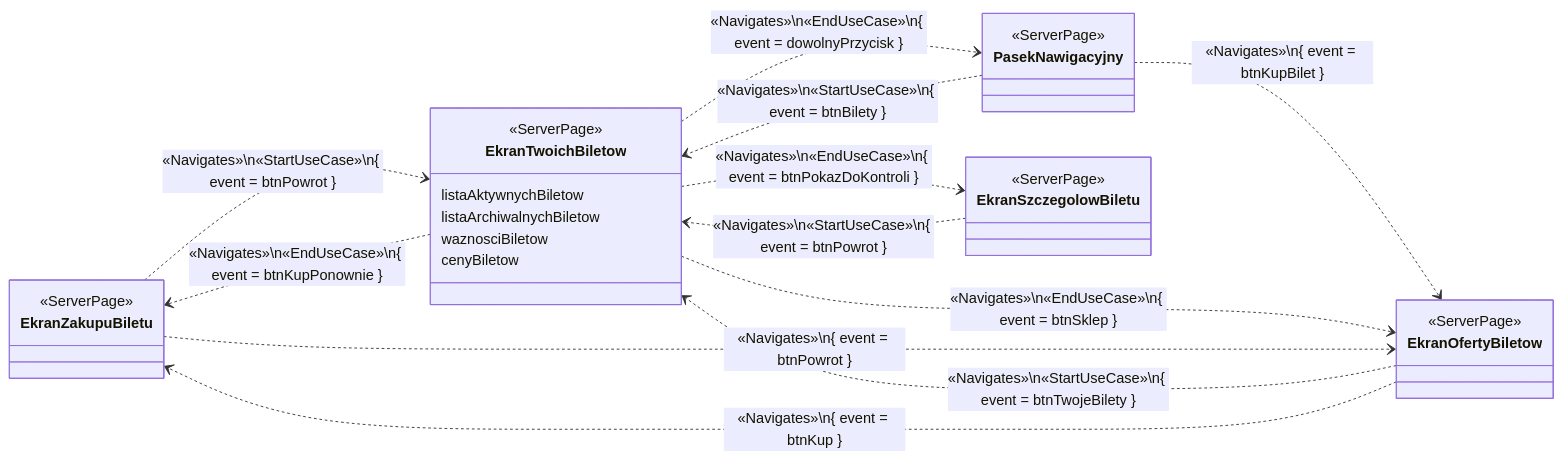
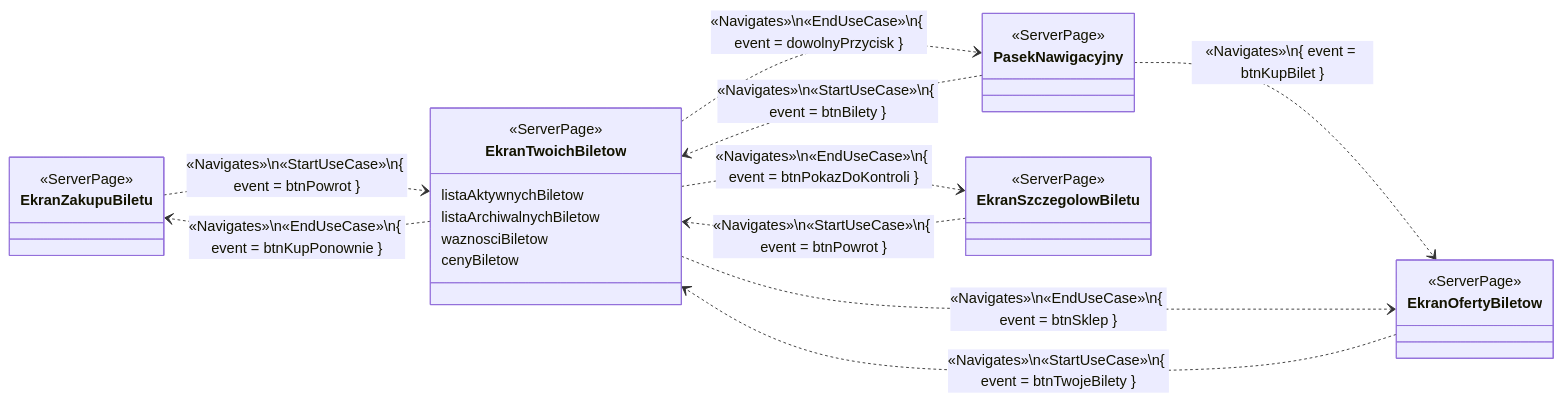
The sixth of 13 diagrams in documentation/course/E1.md (PWR-ACS-SE-24/SoftwareSystemDesign), drawn with Mermaid before and after one commit. The commit also changed other lines of this file, not shown here.

Commit message:
fix nav maps (#13)

````diff
--- a/documentation/course/E1.md
+++ b/documentation/course/E1.md
@@ -718,45 +718,42 @@
 ```mermaid
 classDiagram
     direction LR
 
     class EkranZakupuBiletu {
         <<ServerPage>>
         }
 
     class PasekNawigacyjny {
         <<ServerPage>>
         }
 
     class EkranTwoichBiletow {
         <<ServerPage>>
         listaAktywnychBiletow
         listaArchiwalnychBiletow
         waznosciBiletow
         cenyBiletow
     }
 
     class EkranSzczegolowBiletu {
         <<ServerPage>>
         }
         
     class EkranOfertyBiletow {
         <<ServerPage>>
         }
 
     PasekNawigacyjny ..> EkranTwoichBiletow: «Navigates»\n«StartUseCase»\n{ event = btnBilety }
     PasekNawigacyjny ..> EkranOfertyBiletow: «Navigates»\n{ event = btnKupBilet }
     EkranTwoichBiletow ..> PasekNawigacyjny: «Navigates»\n«EndUseCase»\n{ event = dowolnyPrzycisk }
 
     EkranTwoichBiletow ..> EkranSzczegolowBiletu: «Navigates»\n«EndUseCase»\n{ event = btnPokazDoKontroli }
     EkranSzczegolowBiletu ..> EkranTwoichBiletow: «Navigates»\n«StartUseCase»\n{ event = btnPowrot }
 
     EkranTwoichBiletow ..> EkranZakupuBiletu: «Navigates»\n«EndUseCase»\n{ event = btnKupPonownie }
     EkranZakupuBiletu ..> EkranTwoichBiletow: «Navigates»\n«StartUseCase»\n{ event = btnPowrot }
 
     EkranTwoichBiletow ..> EkranOfertyBiletow: «Navigates»\n«EndUseCase»\n{ event = btnSklep }
     EkranOfertyBiletow ..> EkranTwoichBiletow: «Navigates»\n«StartUseCase»\n{ event = btnTwojeBilety }
-   
-    EkranOfertyBiletow ..> EkranZakupuBiletu: «Navigates»\n{ event = btnKup }
-    EkranZakupuBiletu ..> EkranOfertyBiletow: «Navigates»\n{ event = btnPowrot } 
     
 ```
````
